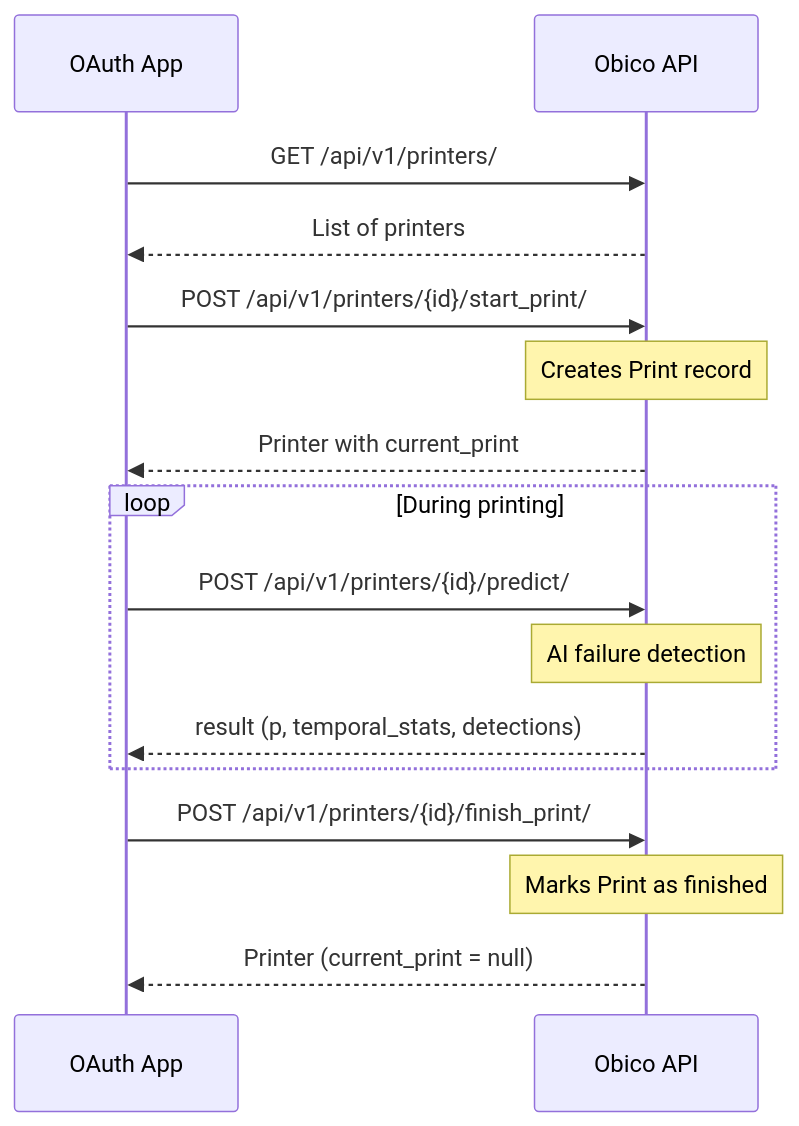
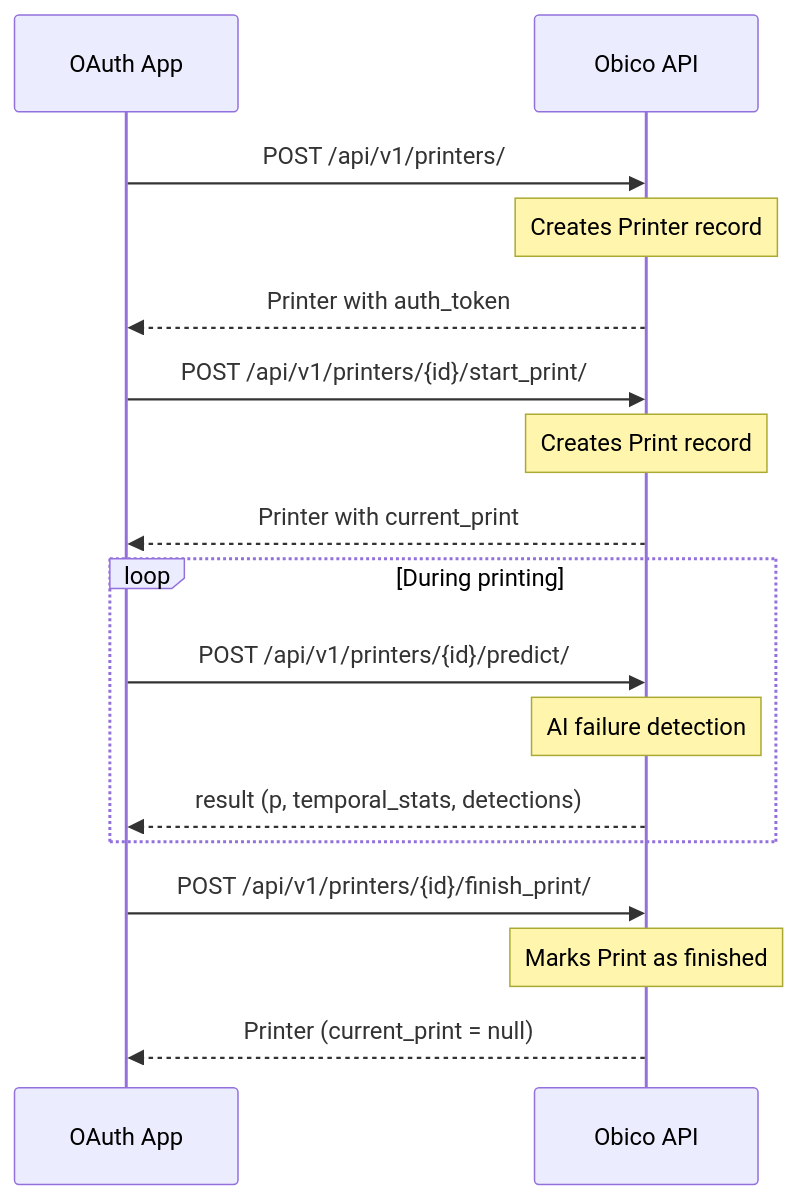
Before and after one commit to TheSpaghettiDetective/obico-server: the diagram in website/docs/developer-guides/oauth-printer-management.md, drawn with Mermaid. The commit also changed other lines of this file and 1 other file, not shown here.

First line of the commit message:
docs: consolidate OAuth printer management documentation

````diff
--- a/website/docs/developer-guides/oauth-printer-management.md
+++ b/website/docs/developer-guides/oauth-printer-management.md
@@ -16,22 +16,23 @@
 ```mermaid
 sequenceDiagram
     participant App as OAuth App
     participant API as Obico API
 
-    App->>API: GET /api/v1/printers/
-    API-->>App: List of printers
+    App->>API: POST /api/v1/printers/
+    Note over API: Creates Printer record
+    API-->>App: Printer with auth_token
 
     App->>API: POST /api/v1/printers/{id}/start_print/
     Note over API: Creates Print record
     API-->>App: Printer with current_print
 
     loop During printing
         App->>API: POST /api/v1/printers/{id}/predict/
         Note over API: AI failure detection
         API-->>App: result (p, temporal_stats, detections)
     end
 
     App->>API: POST /api/v1/printers/{id}/finish_print/
     Note over API: Marks Print as finished
     API-->>App: Printer (current_print = null)
 ```
````
